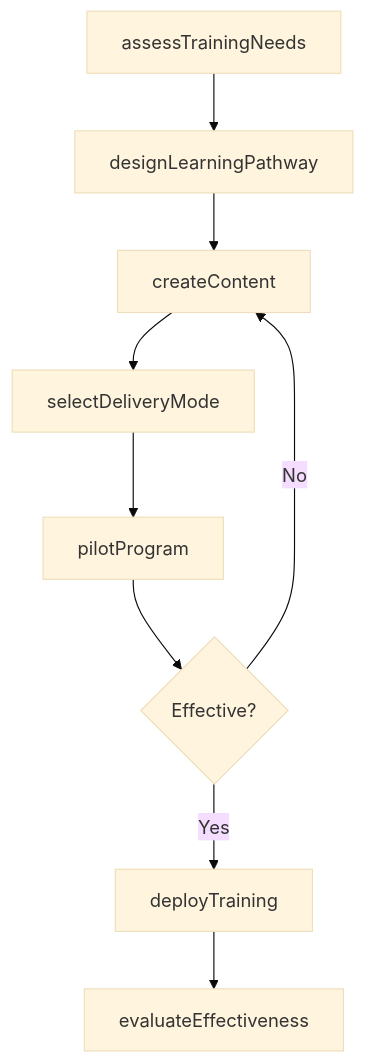
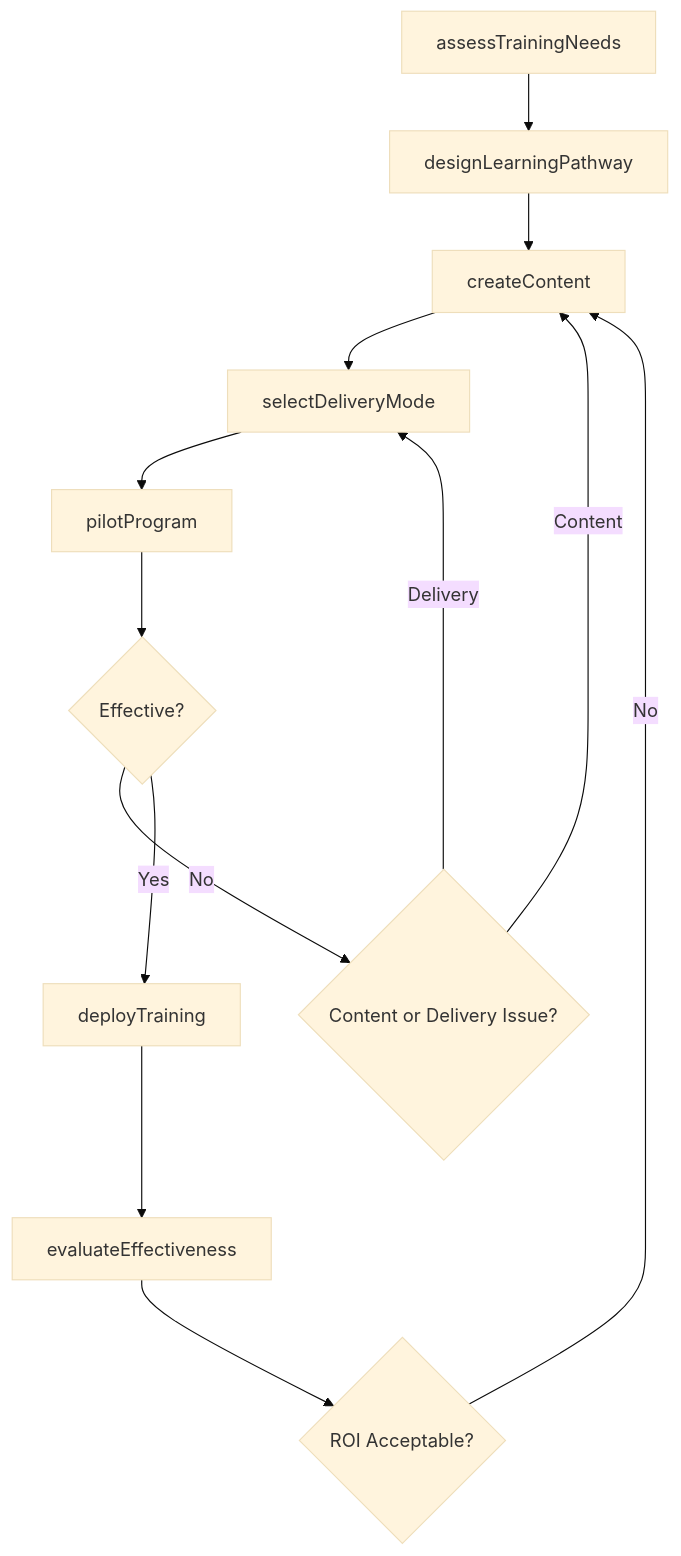
The third of 4 diagrams in ThinkingCreatively/DevelopEducationalProgramsPlansOrProcedures/DevelopEducationalTrainingPrograms.mdx (dot-org-ai/tasks.org.ai), drawn with Mermaid (base theme) before and after one commit. The commit also changed other lines of this file and 504 other files, not shown here.

First line of the commit message:
feat: Add ER diagrams, state diagrams, and workflow improvements to 96 DWA task files

````diff
--- a/ThinkingCreatively/DevelopEducationalProgramsPlansOrProcedures/DevelopEducationalTrainingPrograms.mdx
+++ b/ThinkingCreatively/DevelopEducationalProgramsPlansOrProcedures/DevelopEducationalTrainingPrograms.mdx
@@ -87,11 +118,15 @@
 ```mermaid
 graph TD
     A[assessTrainingNeeds] --> B[designLearningPathway]
     B --> C[createContent]
     C --> D[selectDeliveryMode]
     D --> E[pilotProgram]
     E --> F{Effective?}
-    F -->|No| C
-    F -->|Yes| G[deployTraining]
-    G --> H[evaluateEffectiveness]
+    F -->|No| G{Content or Delivery Issue?}
+    G -->|Content| C
+    G -->|Delivery| D
+    F -->|Yes| H[deployTraining]
+    H --> I[evaluateEffectiveness]
+    I --> J{ROI Acceptable?}
+    J -->|No| C
 ```
````
